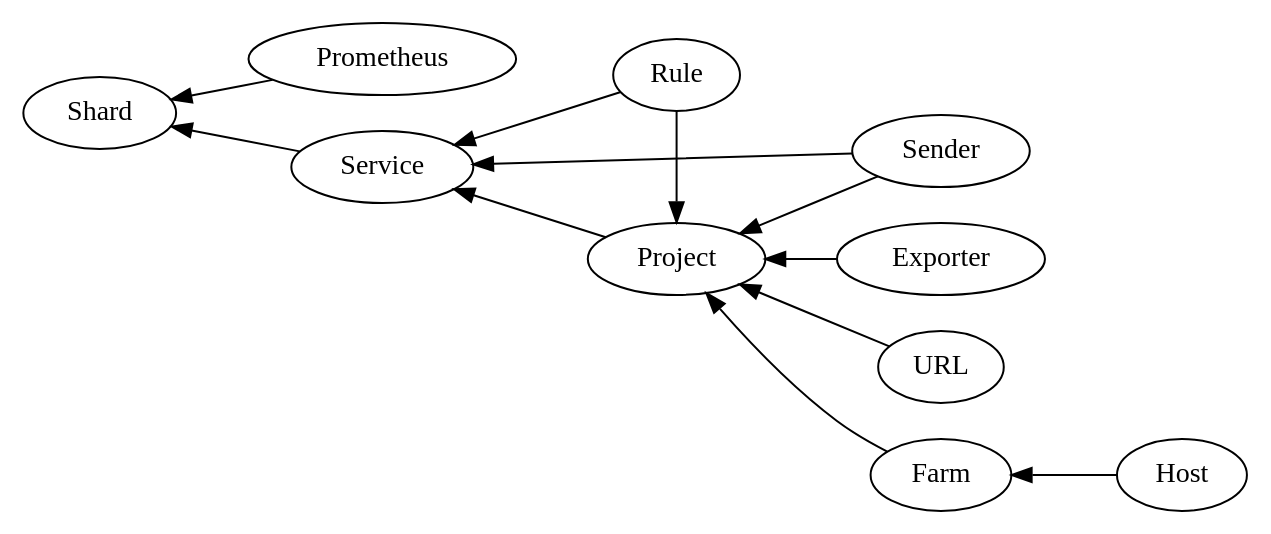
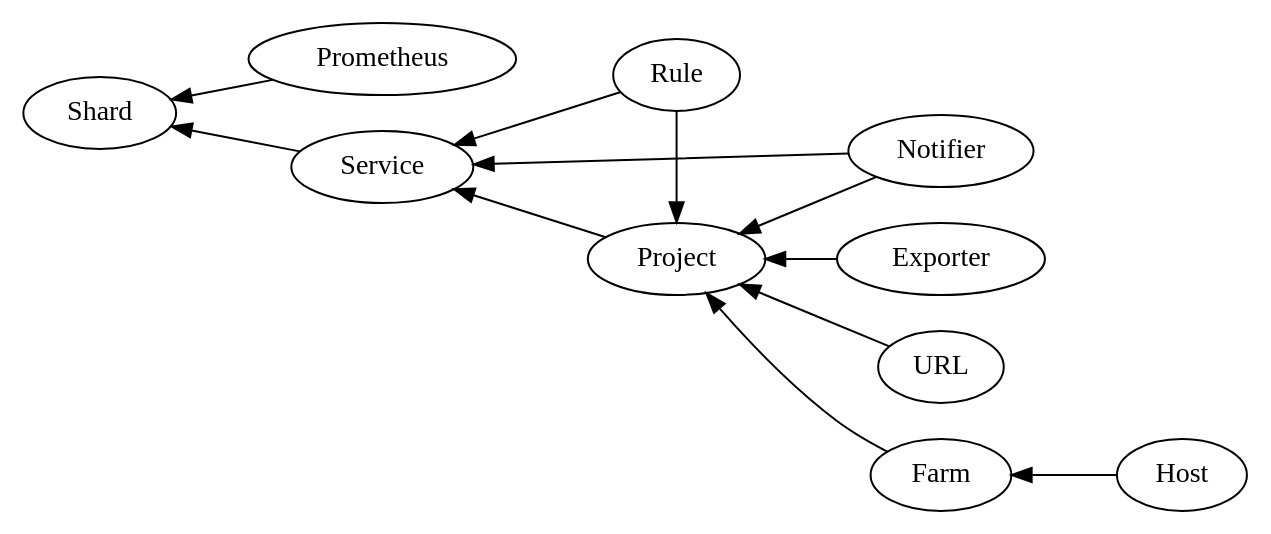
The diagram in docs/terms.rst (line/promgen), drawn with Graphviz before and after one commit. The commit also changed other lines of this file and 3 other files, not shown here.

```diff
--- a/docs/terms.rst
+++ b/docs/terms.rst
@@ -4,10 +4,10 @@
 .. graphviz::
 
     digraph {
       rankdir=RL;
       { Service Prometheus} -> Shard;
-      { Rule Sender Project} -> Service;
-      { Rule Sender Exporter URL Farm} -> Project;
+      { Rule Notifier Project} -> Service;
+      { Rule Notifier Exporter URL Farm} -> Project;
       Host -> Farm;
       { rank=same Project Rule };
    }
```
